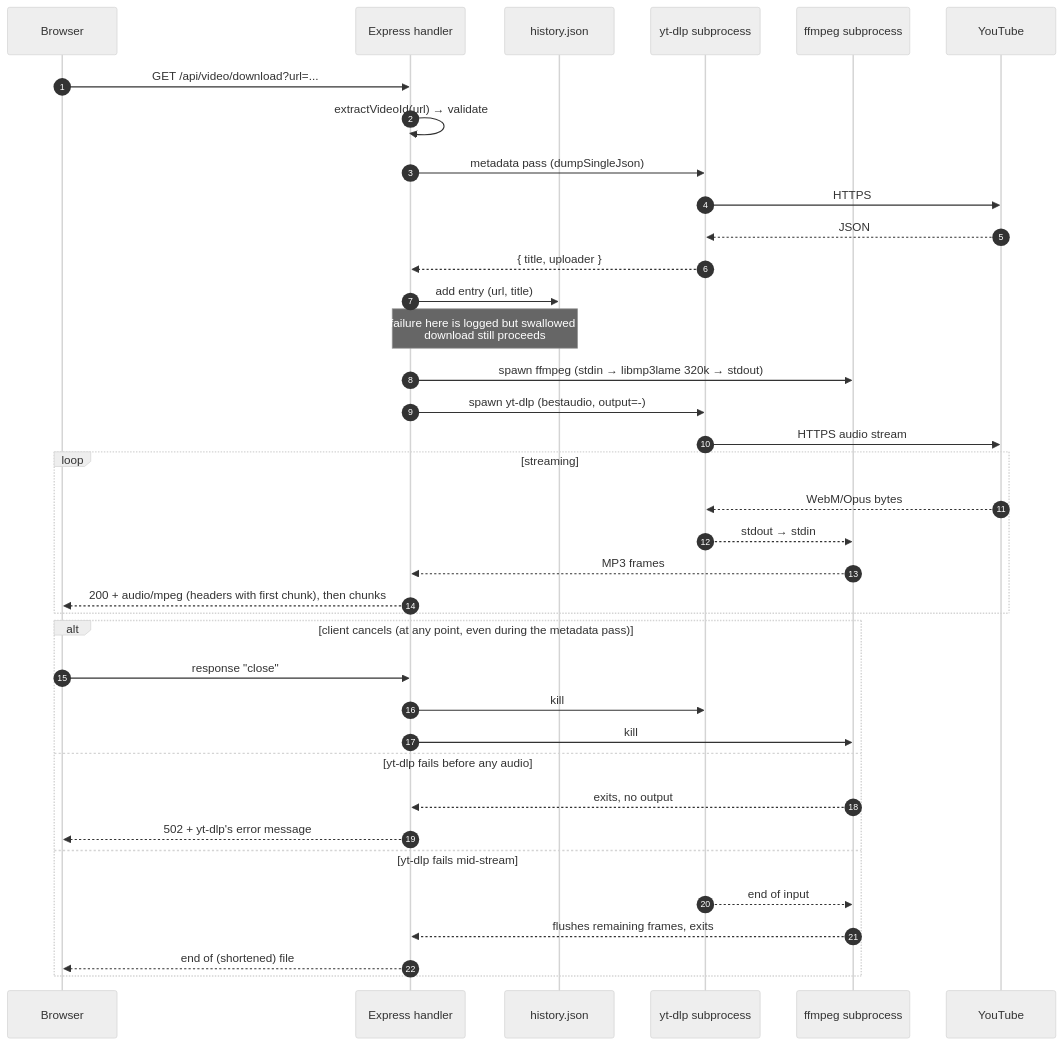
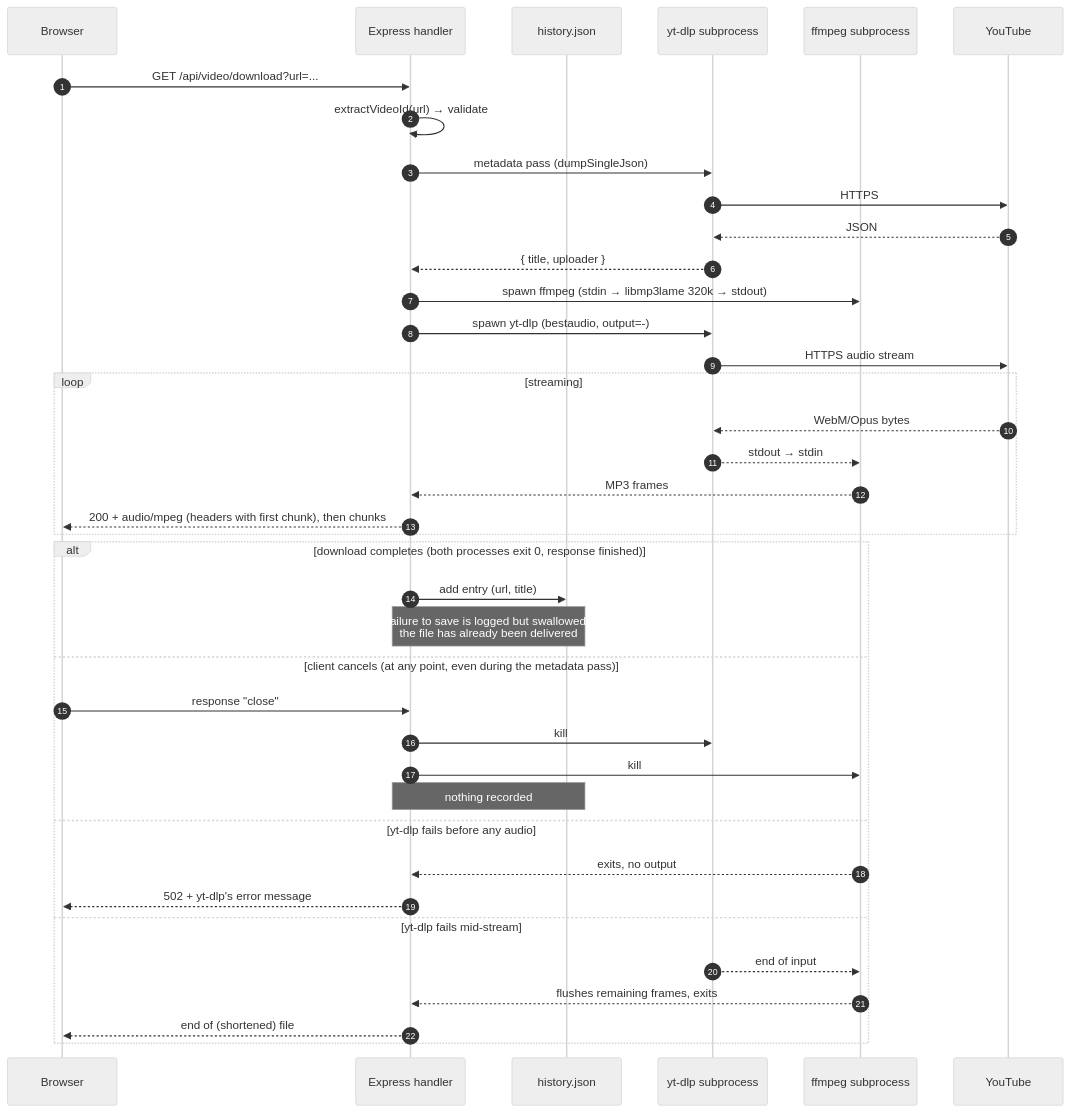
The third of 4 diagrams in TECHNICAL.md (ShayanZafar/YTDownload), drawn with Mermaid (neutral theme) before and after one commit. The commit also changed other lines of this file and 8 other files, not shown here.

````diff
--- a/TECHNICAL.md
+++ b/TECHNICAL.md
@@ -161,40 +162,42 @@
 ```mermaid
 sequenceDiagram
   autonumber
   participant C as Browser
   participant S as Express handler
   participant H as history.json
   participant Y as yt-dlp subprocess
   participant F as ffmpeg subprocess
   participant YT as YouTube
 
   C->>S: GET /api/video/download?url=...
   S->>S: extractVideoId(url) → validate
   S->>Y: metadata pass (dumpSingleJson)
   Y->>YT: HTTPS
   YT-->>Y: JSON
   Y-->>S: { title, uploader }
-  S->>H: add entry (url, title)
-  Note over S,H: A failure here is logged but swallowed —<br/>download still proceeds
   S->>F: spawn ffmpeg (stdin → libmp3lame 320k → stdout)
   S->>Y: spawn yt-dlp (bestaudio, output=-)
   Y->>YT: HTTPS audio stream
   loop streaming
     YT-->>Y: WebM/Opus bytes
     Y-->>F: stdout → stdin
     F-->>S: MP3 frames
     S-->>C: 200 + audio/mpeg (headers with first chunk), then chunks
   end
-  alt client cancels (at any point, even during the metadata pass)
+  alt download completes (both processes exit 0, response finished)
+    S->>H: add entry (url, title)
+    Note over S,H: A failure to save is logged but swallowed —<br/>the file has already been delivered
+  else client cancels (at any point, even during the metadata pass)
     C->>S: response "close"
     S->>Y: kill
     S->>F: kill
+    Note over S,H: nothing recorded
   else yt-dlp fails before any audio
     F-->>S: exits, no output
     S-->>C: 502 + yt-dlp's error message
   else yt-dlp fails mid-stream
     Y-->>F: end of input
     F-->>S: flushes remaining frames, exits
     S-->>C: end of (shortened) file
   end
 ```
````
